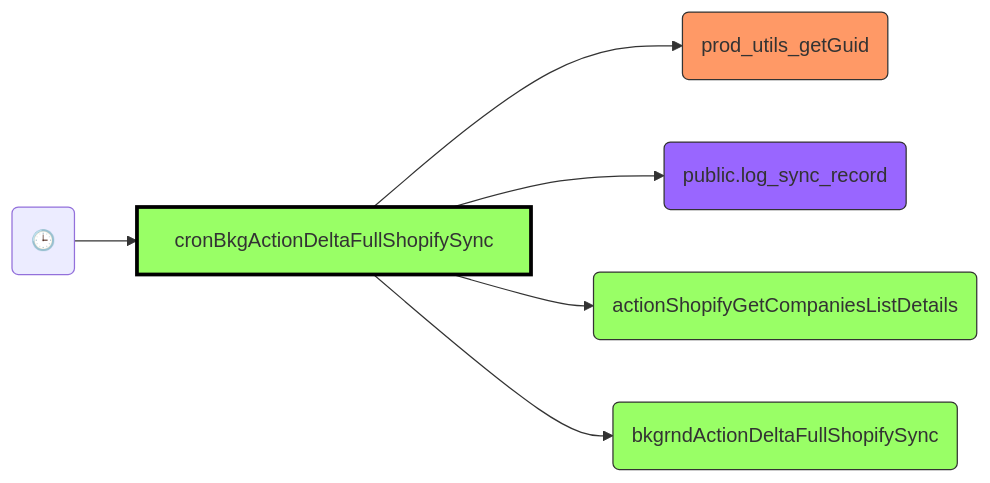
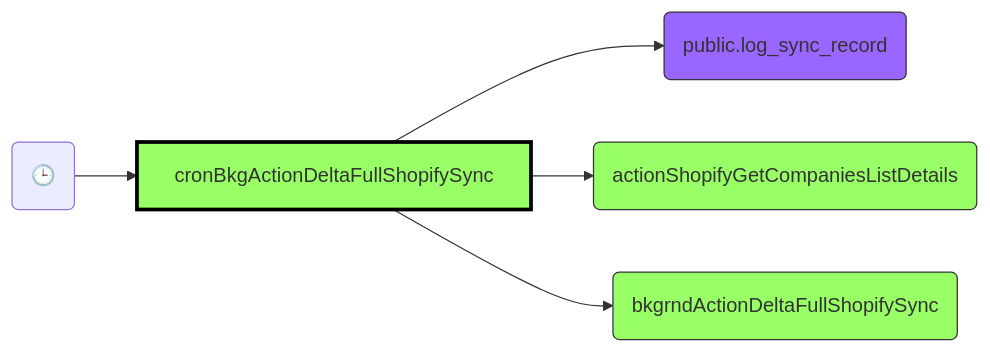
Before and after one commit to joze-liburn/uibakery: the fourth of 31 diagrams in automations.md, drawn with Mermaid. The commit also changed other lines of this file and 3 other files, not shown here.

Commit message:
Added calls between automations and actions so that each pair appears twice. Two missing web services. Added overall call graph. Fixed internal symbol names.

````diff
--- a/automations.md
+++ b/automations.md
@@ -135,17 +137,17 @@
 ```mermaid
 graph LR
   classDef this fill:#9f6,stroke:#000,stroke-width:3;
   classDef automation fill:#9f6,stroke:#333;
   classDef action fill:#f96,stroke:#333;
   classDef database fill:#96f,stroke:#333;
 
-  cron(🕒) --> aut04[cronBkgActionDeltaFullShopifySync] --> act05(prod_utils_getGuid)
+  cron(🕒) --> aut04[cronBkgActionDeltaFullShopifySync]
   aut04[cronBkgActionDeltaFullShopifySync] --> db07(public.log_sync_record)
   aut04[cronBkgActionDeltaFullShopifySync] --> aut08(actionShopifyGetCompaniesListDetails)
   aut04[cronBkgActionDeltaFullShopifySync] --> aut05(bkgrndActionDeltaFullShopifySync)
 
   class aut04 this
   class aut08,aut05 automation
   class act05 action
   class db07 database
 ```
````
